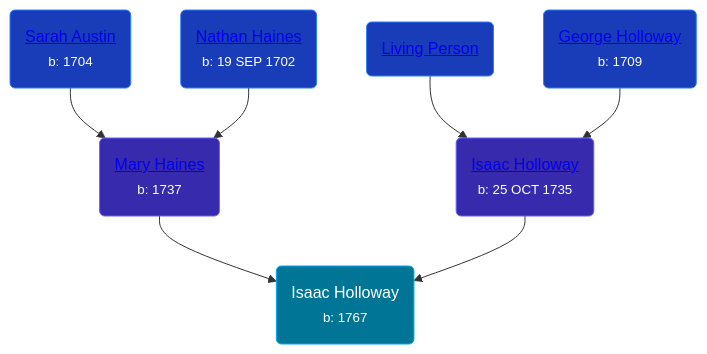
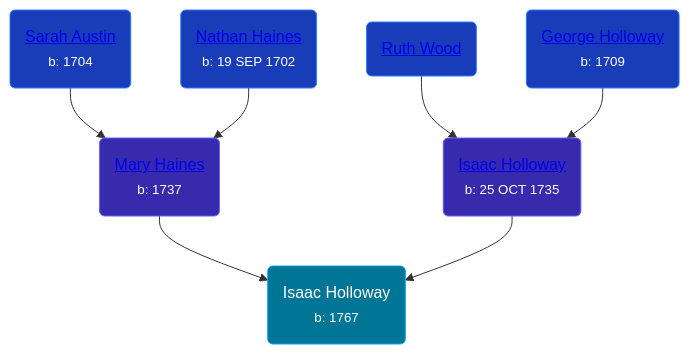
Before and after one commit to wpmgotkh/wpmgotkh.github.io: the diagram in pages/people/9/9759504.md, drawn with Mermaid. The commit also changed 586 other files, not shown here.

Commit message:
feat: better shouldConsiderPersonLiving algo

````diff
--- a/pages/people/9/9759504.md
+++ b/pages/people/9/9759504.md
@@ -11,13 +11,13 @@
 ```mermaid
 graph
 classDef grands fill:#193cb8,stroke:#2b7fff,stroke-width:1px,color:#fff;
 classDef parents fill:#372aac,stroke:#615fff,stroke-width:1px,color:#fff;
 classDef primary fill:#007595,stroke:#00a6f4,stroke-width:1px,color:#fff;
 9759504(Isaac Holloway<br /><small>b: 1767</small>):::primary
 53194016(<a class="text-white" href="/people/5/53194016">Mary Haines</a><br /><small>b: 1737</small>):::parents-->9759504
 4530755(<a class="text-white" href="/people/4/4530755">Sarah Austin</a><br /><small>b: 1704</small>):::grands-->53194016
 74064515(<a class="text-white" href="/people/7/74064515">Nathan Haines</a><br /><small>b: 19 SEP 1702</small>):::grands-->53194016
 97947565(<a class="text-white" href="/people/9/97947565">Isaac Holloway</a><br /><small>b: 25 OCT 1735</small>):::parents-->9759504
-93045664(<a class="text-white" href="/people/9/93045664">Living Person</a>):::grands-->97947565
+93045664(<a class="text-white" href="/people/9/93045664">Ruth Wood</a>):::grands-->97947565
 36728768(<a class="text-white" href="/people/3/36728768">George Holloway</a><br /><small>b: 1709</small>):::grands-->97947565
 ```
````
